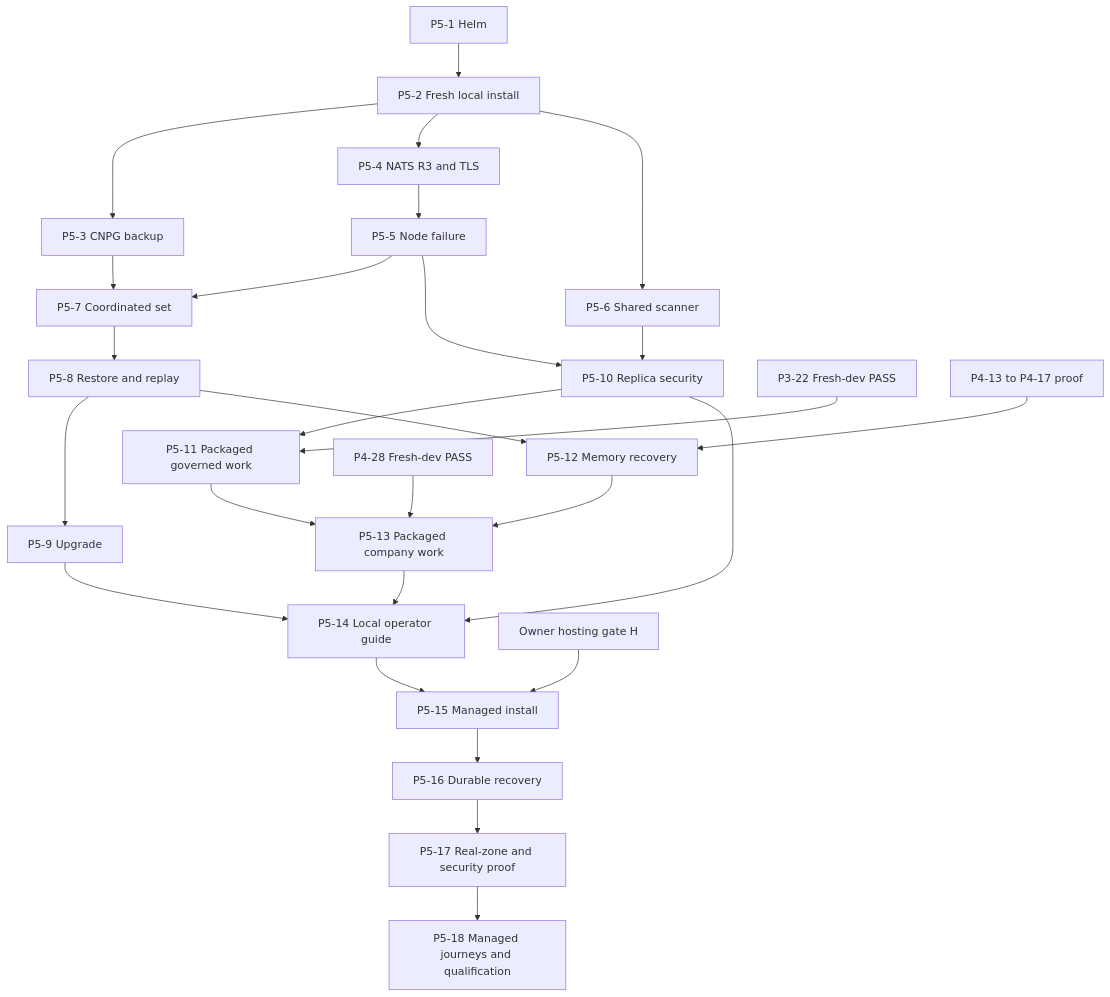
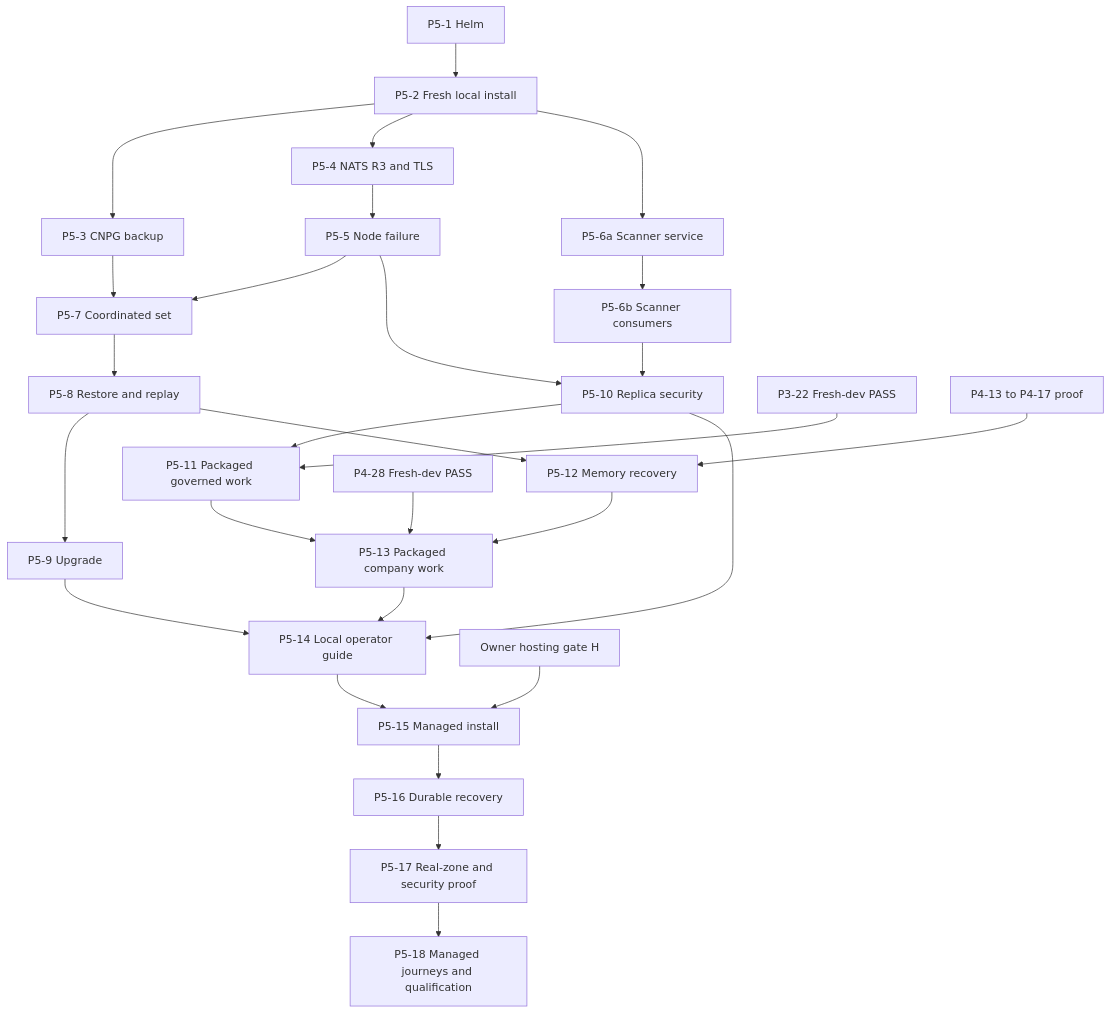
The diagram in docs/specs/phase-5/tickets.md (elewa-git/opencrane-new), drawn with Mermaid before and after one commit. The commit also changed other lines of this file and 3 other files, not shown here.

````diff
--- a/docs/specs/phase-5/tickets.md
+++ b/docs/specs/phase-5/tickets.md
@@ -52,29 +56,30 @@
 ```mermaid
 flowchart TD
   P1["P5-1 Helm"] --> P2["P5-2 Fresh local install"]
   P2 --> P3["P5-3 CNPG backup"]
   P2 --> P4["P5-4 NATS R3 and TLS"]
-  P2 --> P6["P5-6 Shared scanner"]
+  P2 --> P6a["P5-6a Scanner service"]
+  P6a --> P6b["P5-6b Scanner consumers"]
   P4 --> P5["P5-5 Node failure"]
   P3 --> P7["P5-7 Coordinated set"]
   P5 --> P7
   P7 --> P8["P5-8 Restore and replay"]
   P8 --> P9["P5-9 Upgrade"]
   P5 --> P10["P5-10 Replica security"]
-  P6 --> P10
+  P6b --> P10
   P10 --> P11["P5-11 Packaged governed work"]
   P3J["P3-22 Fresh-dev PASS"] --> P11
   P8 --> P12["P5-12 Memory recovery"]
   PM["P4-13 to P4-17 proof"] --> P12
   P11 --> P13["P5-13 Packaged company work"]
   P12 --> P13
   P4J["P4-28 Fresh-dev PASS"] --> P13
   P9 --> P14["P5-14 Local operator guide"]
   P10 --> P14
   P13 --> P14
   P14 --> P15["P5-15 Managed install"]
   H["Owner hosting gate H"] --> P15
   P15 --> P16["P5-16 Durable recovery"]
   P16 --> P17["P5-17 Real-zone and security proof"]
   P17 --> P18["P5-18 Managed journeys and qualification"]
 ```
````
